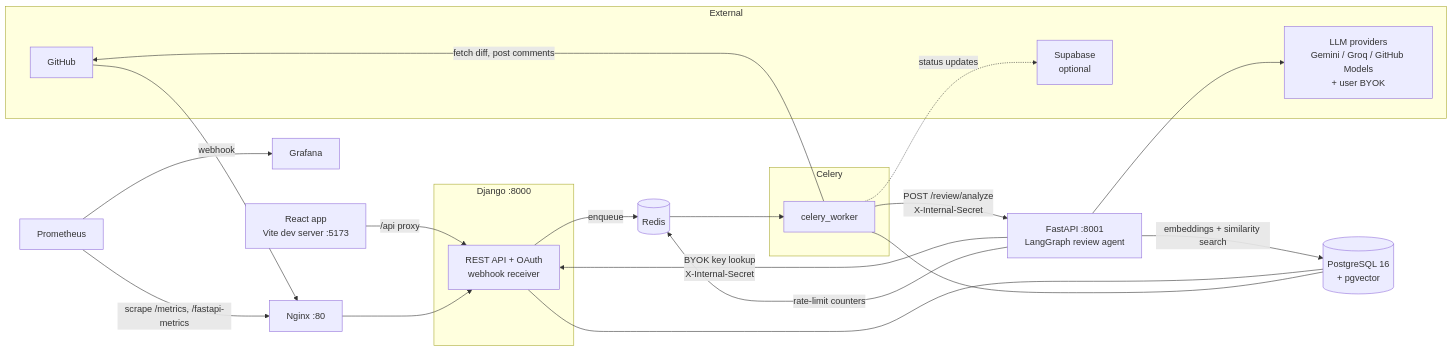
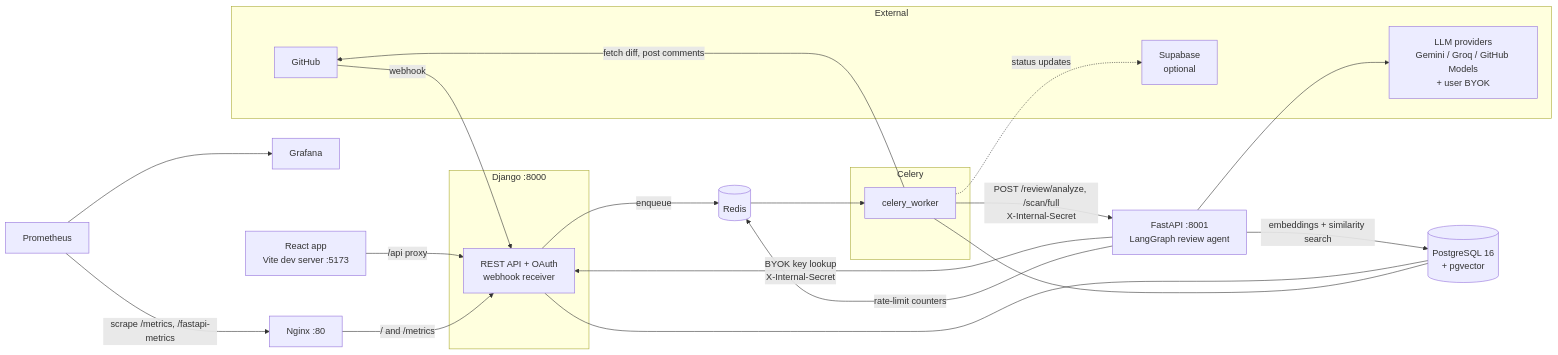
One commit to muhammedsiinanmp/Devmind changed the second of 2 diagrams in README.md. Above: the diagram before and after it, drawn with Mermaid. The commit also changed other lines of this file, not shown here.

Commit message:
Add context diagram, license and contributing links to the README

````diff
--- a/README.md
+++ b/README.md
@@ -17,40 +37,41 @@
 ```mermaid
 flowchart LR
     subgraph External
-        GH[GitHub]
-        LLM[LLM providers<br/>Gemini / Groq / GitHub Models<br/>+ user BYOK]
-        SB[Supabase<br/>optional]
+        GH["GitHub"]
+        LLM["LLM providers<br/>Gemini / Groq / GitHub Models<br/>+ user BYOK"]
+        SB["Supabase<br/>optional"]
     end
 
-    FE[React app<br/>Vite dev server :5173]
-    NGX[Nginx :80]
+    FE["React app<br/>Vite dev server :5173"]
+    NGX["Nginx :80"]
 
     subgraph Django["Django :8000"]
-        API[REST API + OAuth<br/>webhook receiver]
+        API["REST API + OAuth<br/>webhook receiver"]
     end
 
     subgraph Workers["Celery"]
-        CW[celery_worker]
+        CW["celery_worker"]
     end
 
-    FA[FastAPI :8001<br/>LangGraph review agent]
+    FA["FastAPI :8001<br/>LangGraph review agent"]
 
-    PG[(PostgreSQL 16<br/>+ pgvector)]
-    RD[(Redis)]
-    PR[Prometheus] --> GR[Grafana]
+    PG[("PostgreSQL 16<br/>+ pgvector")]
+    RD[("Redis")]
+    PR["Prometheus"] --> GR["Grafana"]
 
-    FE -->|/api proxy| API
-    GH -->|webhook| NGX --> API
-    API -->|enqueue| RD
+    FE -->|"/api proxy"| API
+    GH -->|"webhook"| API
+    NGX -->|"/ and /metrics"| API
+    API -->|"enqueue"| RD
     RD --> CW
-    CW -->|fetch diff, post comments| GH
-    CW -->|POST /review/analyze<br/>X-Internal-Secret| FA
-    FA -->|BYOK key lookup<br/>X-Internal-Secret| API
+    CW -->|"fetch diff, post comments"| GH
+    CW -->|"POST /review/analyze, /scan/full<br/>X-Internal-Secret"| FA
+    FA -->|"BYOK key lookup<br/>X-Internal-Secret"| API
     FA --> LLM
-    FA -->|embeddings + similarity search| PG
-    FA -->|rate-limit counters| RD
+    FA -->|"embeddings + similarity search"| PG
+    FA -->|"rate-limit counters"| RD
     API --- PG
     CW --- PG
-    CW -.->|status updates| SB
-    PR -->|scrape /metrics, /fastapi-metrics| NGX
+    CW -.->|"status updates"| SB
+    PR -->|"scrape /metrics, /fastapi-metrics"| NGX
 ```
````
